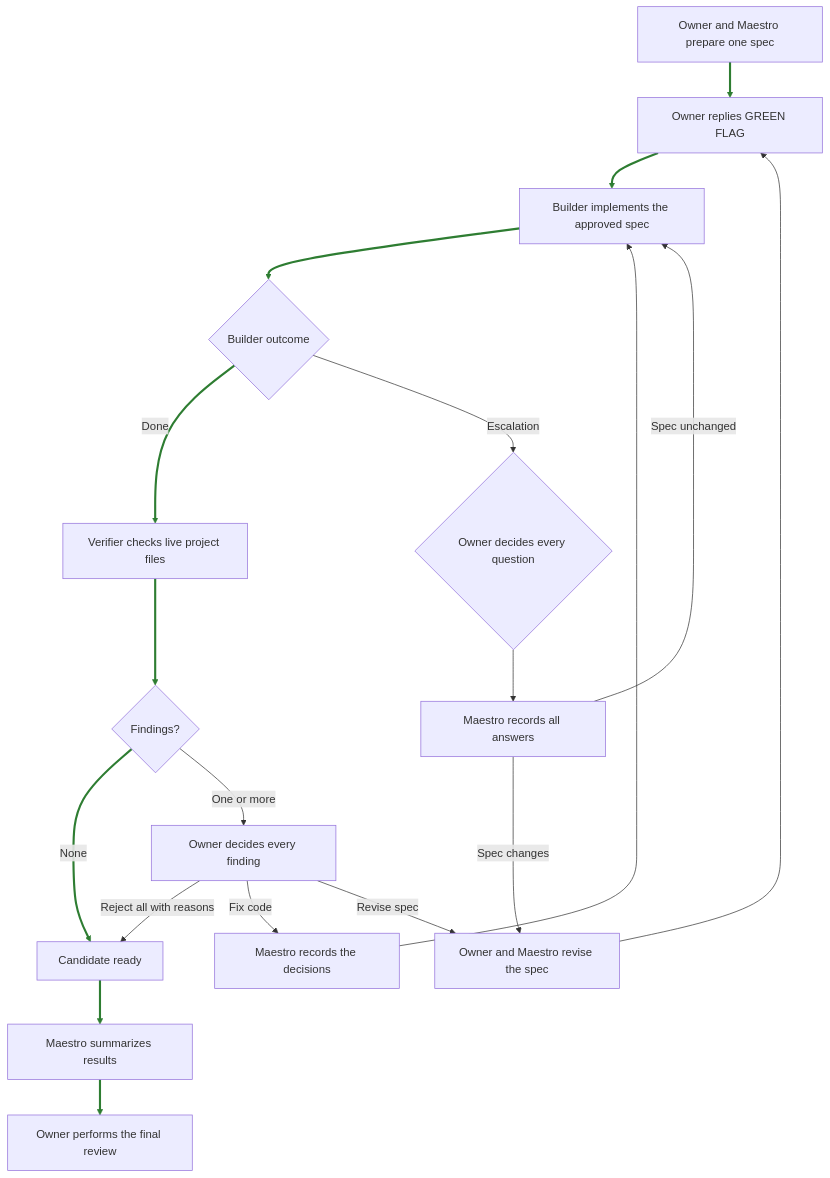
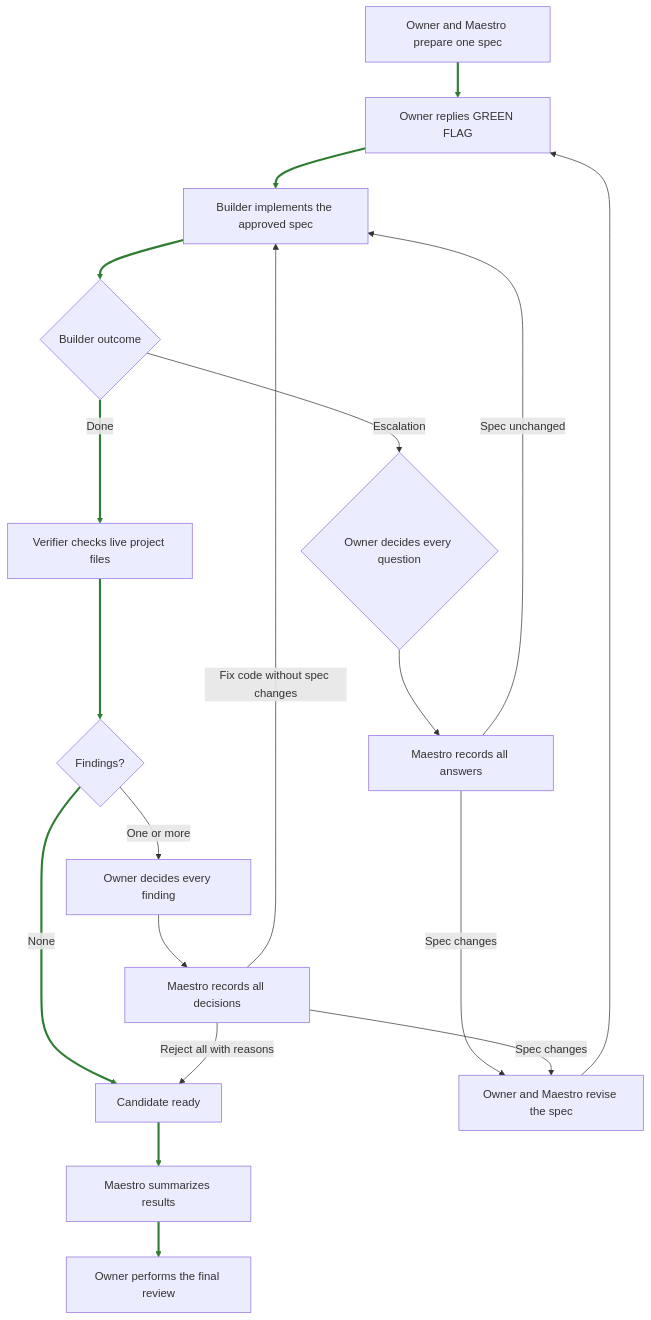
Before and after one commit to emilioSp/pi-maestro: the diagram in docs/workflow.md, drawn with Mermaid. The commit also changed other lines of this file and 4 other files, not shown here.

````diff
--- a/docs/workflow.md
+++ b/docs/workflow.md
@@ -44,36 +44,36 @@
 ```mermaid
 flowchart TD
     spec[Owner and Maestro prepare one spec]
     approval[Owner replies GREEN FLAG]
     build[Builder implements the approved spec]
     buildOutcome{Builder outcome}
     verify[Verifier checks live project files]
     findings{Findings?}
     candidate[Candidate ready]
     summary[Maestro summarizes results]
     review[Owner performs the final review]
 
     spec --> approval
     approval --> build
     build --> buildOutcome
     buildOutcome -->|Done| verify
     verify --> findings
     findings -->|None| candidate
 
     buildOutcome -->|Escalation| ownerEscalation{Owner decides every question}
     ownerEscalation --> recordEscalation[Maestro records all answers]
     recordEscalation -->|Spec unchanged| build
     recordEscalation -->|Spec changes| reviseSpec[Owner and Maestro revise the spec]
     reviseSpec --> approval
 
     findings -->|One or more| ownerFindings[Owner decides every finding]
-    ownerFindings -->|Reject all with reasons| candidate
-    ownerFindings -->|Fix code| recordFixes[Maestro records the decisions]
-    recordFixes --> build
-    ownerFindings -->|Revise spec| reviseSpec
+    ownerFindings --> recordFindings[Maestro records all decisions]
+    recordFindings -->|Reject all with reasons| candidate
+    recordFindings -->|Fix code without spec changes| build
+    recordFindings -->|Spec changes| reviseSpec
 
     candidate --> summary
     summary --> review
 
     linkStyle 0,1,2,3,4,5,16,17 stroke:#2e7d32,stroke-width:3px
 ```
````
